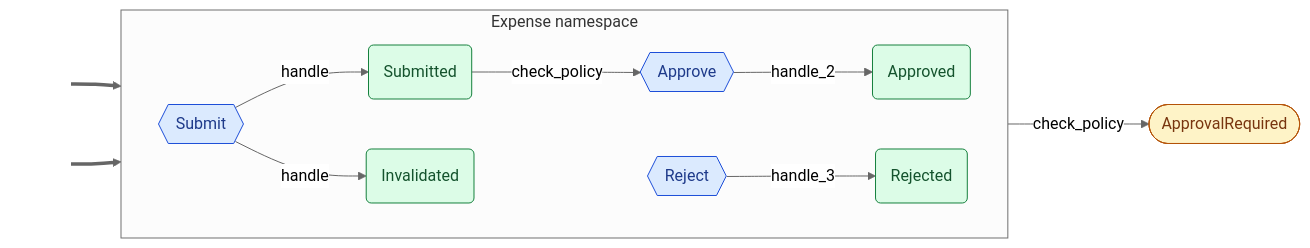
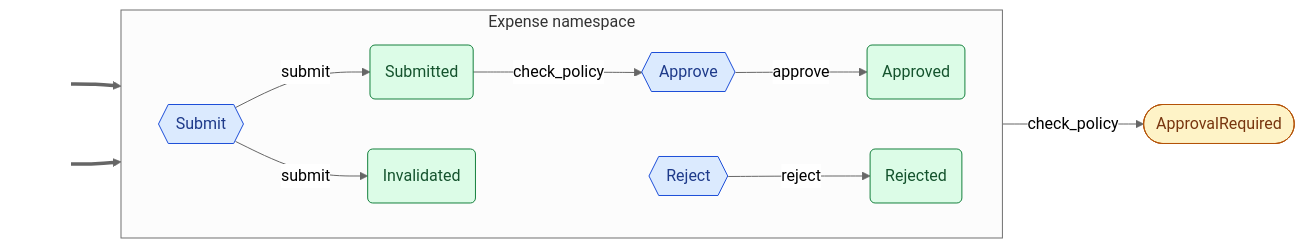
One commit to cadance-io/langgraph-events changed the second of 2 diagrams in examples/expense_approval.graph.md. Above: the diagram before and after it, drawn with Mermaid (neutral theme). The commit also changed other lines of this file and 29 other files, not shown here.

````diff
--- a/examples/expense_approval.graph.md
+++ b/examples/expense_approval.graph.md
@@ -44,29 +44,29 @@
 ```mermaid
 graph LR
     classDef entry fill:none,stroke:none,color:none
     classDef cmd fill:#dbeafe,stroke:#1d4ed8,color:#1e3a8a
     classDef devt fill:#dcfce7,stroke:#15803d,color:#14532d
     classDef intg fill:#ede9fe,stroke:#6d28d9,color:#4c1d95
     classDef syst fill:#fef3c7,stroke:#b45309,color:#78350f
     classDef halt fill:#fef3c7,stroke:#b45309,color:#78350f,stroke-width:3px,stroke-dasharray:4 2
     classDef inv fill:#ffedd5,stroke:#c2410c,color:#7c2d12
     subgraph Expense["Expense namespace"]
         direction LR
         Approve{{Approve}}:::cmd
         Approved(Approved):::devt
         Invalidated(Invalidated):::devt
         Reject{{Reject}}:::cmd
         Rejected(Rejected):::devt
         Submit{{Submit}}:::cmd
         Submitted(Submitted):::devt
     end
     ApprovalRequired([ApprovalRequired]):::syst
     _e0_[ ]:::entry ==> Reject
     _e1_[ ]:::entry ==> Submit
-    Submit -->|handle| Submitted
-    Submit -->|handle| Invalidated
-    Approve -->|handle_2| Approved
-    Reject -->|handle_3| Rejected
+    Submit -->|submit| Submitted
+    Submit -->|submit| Invalidated
+    Approve -->|approve| Approved
+    Reject -->|reject| Rejected
     Submitted -->|check_policy| Approve
     Submitted -->|check_policy| ApprovalRequired
 ```
````
